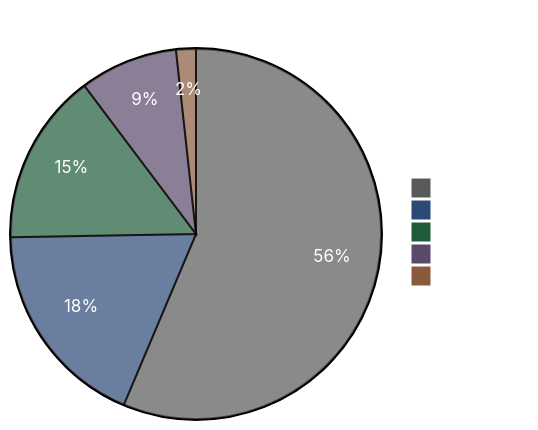
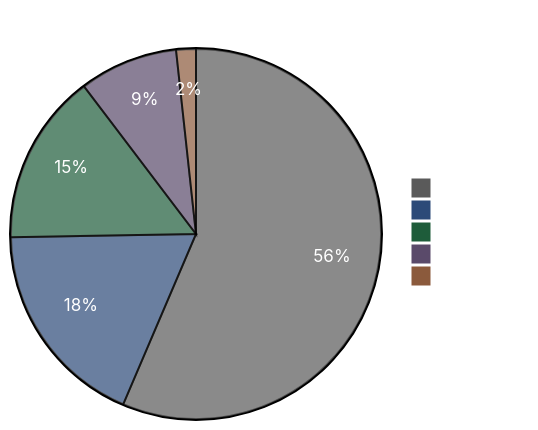
The diagram in README.md (ccmeteorljh/reco-arxiv-daily), drawn with Mermaid before and after one commit. The commit also changed other lines of this file and 7 other files, not shown here.

````diff
--- a/README.md
+++ b/README.md
@@ -6,19 +6,19 @@
 ```mermaid
 %%{init: {'theme':'base', 'themeVariables': {
   'pie1':'#5a5a5a',
   'pie2':'#2c4a78',
   'pie3':'#1e5c3a',
   'pie4':'#5a4a6a',
   'pie5':'#8b5a3c',
   'pieTitleTextColor':'#ffffff',
   'pieSectionTextColor':'#ffffff',
   'pieLegendTextColor':'#ffffff'
 }}}%%
 pie showData
 title Paper Distribution by Tag
-  "Other" : 620
+  "Other" : 623
   "LLM" : 202
   "GR" : 165
-  "Seq" : 94
+  "Seq" : 95
   "Scaling" : 19
 ```
````
